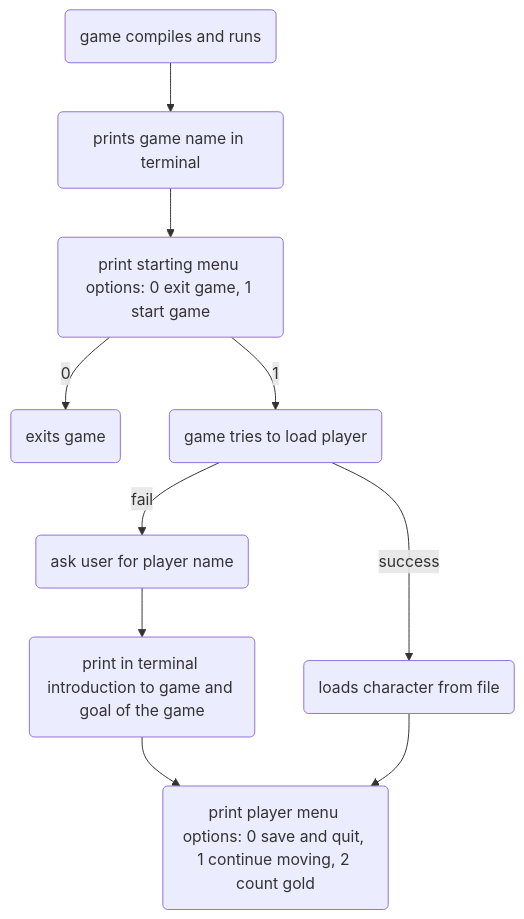
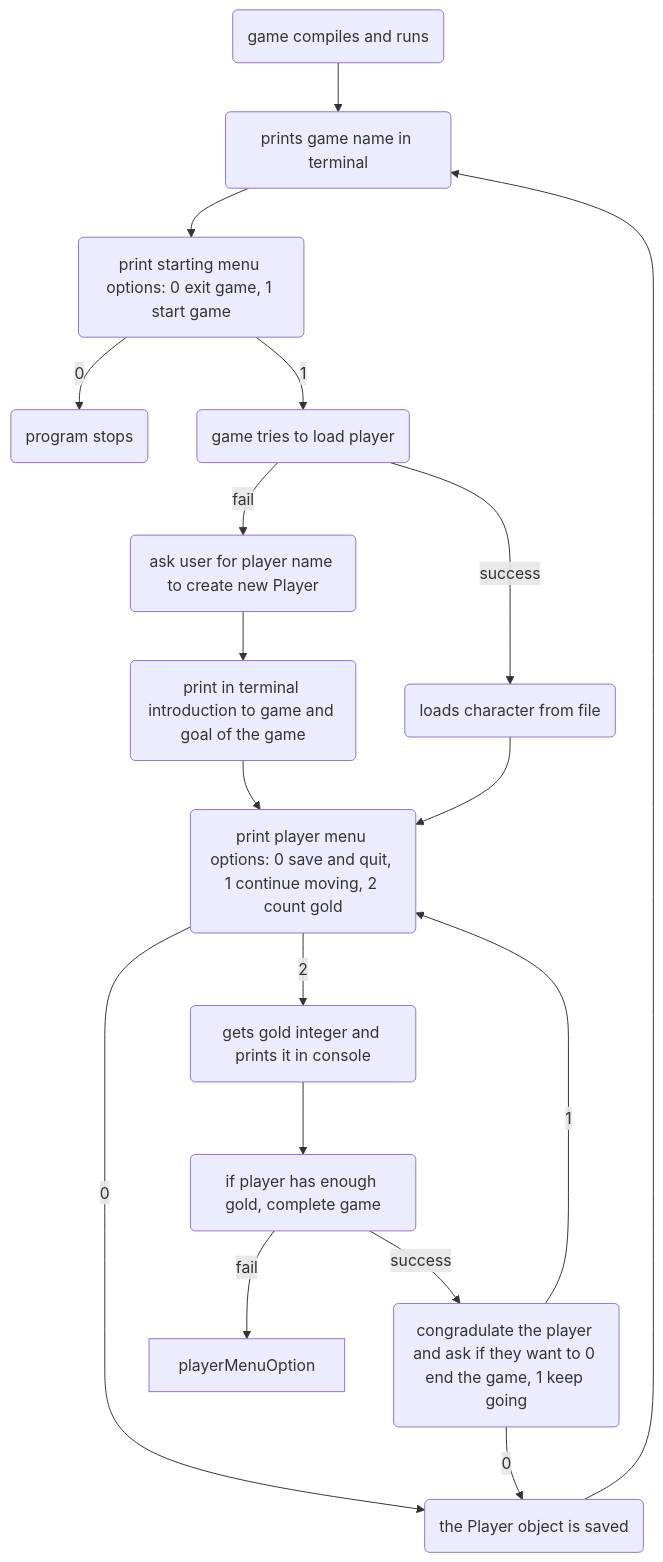
One commit to fish-2122/CS121-Final changed the first of 2 diagrams in README.md. Above: the diagram before and after it, drawn with Mermaid. The commit also changed other lines of this file, not shown here.

Commit message:
continued flow chart

````diff
--- a/README.md
+++ b/README.md
@@ -4,12 +5,20 @@
 ```mermaid
 graph TD
     run(game compiles and runs) --> mainMenu(prints game name in terminal)
     mainMenu --> mainMenuOptions(print starting menu options: 0 exit game, 1 start game)
-    mainMenuOptions --> |0| stopGame(exits game)
+    mainMenuOptions --> |0| stopGame(program stops)
     mainMenuOptions --> |1| loadPlayer(game tries to load player)
-    loadPlayer --> |fail| createPlayer(ask user for player name)
+    loadPlayer --> |fail| createPlayer(ask user for player name to create new Player)
     createPlayer --> playIntro(print in terminal introduction to game and goal of the game)
     loadPlayer --> |success| loadCharacter(loads character from file)
-    playIntro --> printPlayerMenu(print player menu options: 0 save and quit, 1 continue moving, 2 count gold)
-    loadCharacter --> printPlayerMenu
+    playIntro --> playerMenuOptions(print player menu options: 0 save and quit, 1 continue moving, 2 count gold)
+    loadCharacter --> playerMenuOptions
+    playerMenuOptions --> |0| saveGame(the Player object is saved)
+    saveGame --> mainMenu
+    playerMenuOptions --> |2| showGold(gets gold integer and prints it in console)
+    showGold --> checkForGoldThreshold(if player has enough gold, complete game)
+    checkForGoldThreshold --> |fail| playerMenuOption
+    checkForGoldThreshold --> |success| meetGoldThreshold(congradulate the player and ask if they want to 0 end the game, 1 keep going)
+    meetGoldThreshold --> |0| saveGame
+    meetGoldThreshold --> |1| playerMenuOptions
 ```
````
